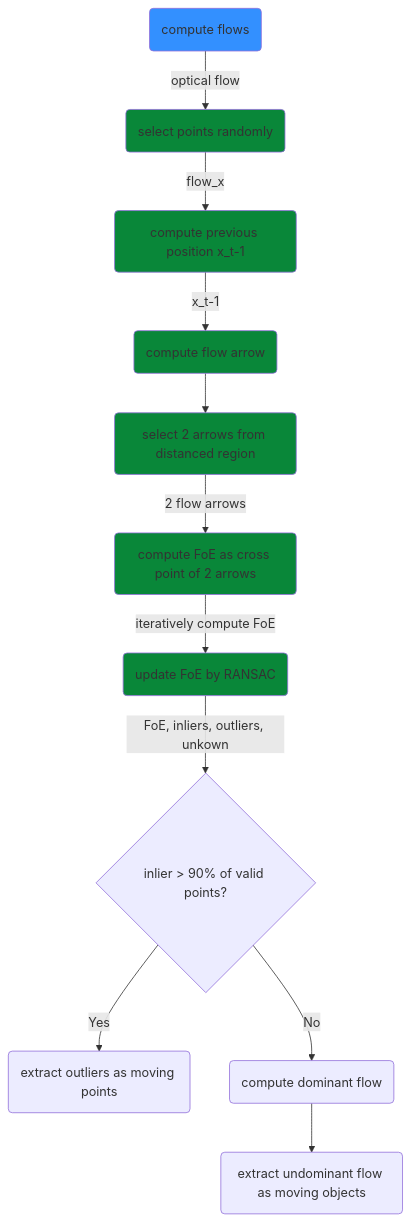
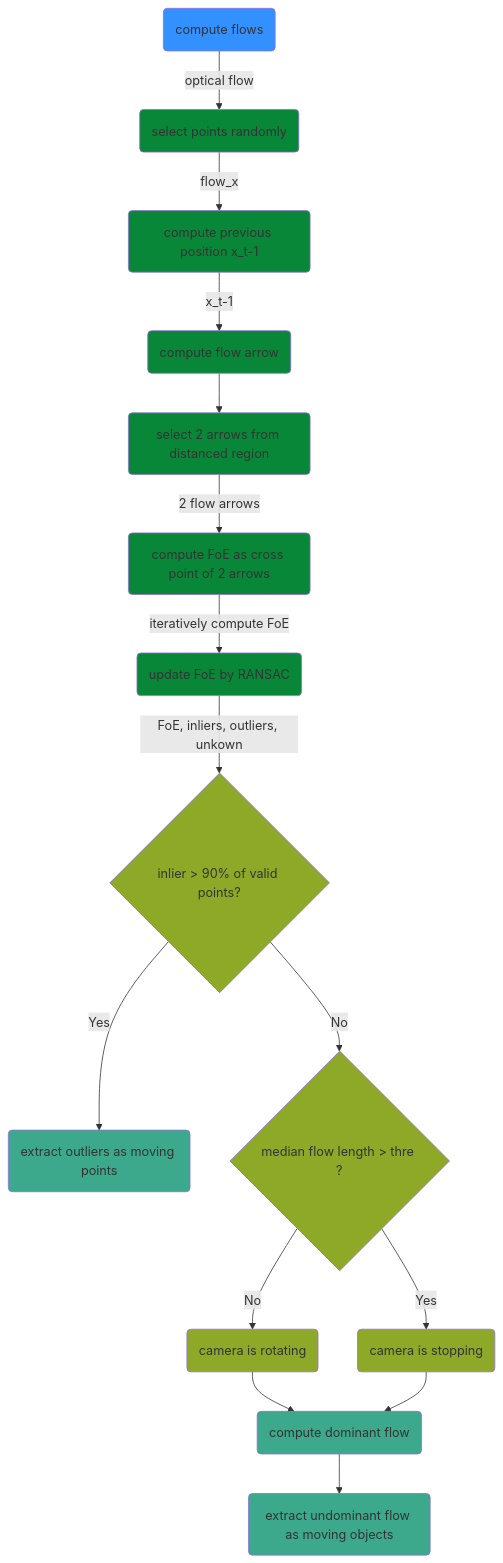
The diagram in doc/flowchart_foebased_movingobjectdetection.md (MasahiroOgawa/reconstruct4D), drawn with Mermaid before and after one commit. The commit also changed 2 other files, not shown here.

Commit message:
update flow chart; adding camera motion estimation.

````diff
--- a/doc/flowchart_foebased_movingobjectdetection.md
+++ b/doc/flowchart_foebased_movingobjectdetection.md
@@ -1,16 +1,22 @@
 ```mermaid
 flowchart TD
     A(compute flows) -->|optical flow| B(select points randomly)
     B:::foe --> |flow_x| C(compute previous position x_t-1)
     C:::foe --> |x_t-1| E(compute flow arrow)
     E:::foe --> F(select 2 arrows from distanced region)
     F:::foe --> |2 flow arrows| G(compute FoE as cross point of 2 arrows)
     G:::foe --> |iteratively compute FoE| H(update FoE by RANSAC)
     H:::foe --> |FoE, inliers, outliers, unkown| I{inlier > 90% of valid points?}
-    I --> |Yes| J(extract outliers as moving points)
-    I --> |No| K(compute dominant flow)
-    K --> L(extract undominant flow as moving objects)
+    I:::cam --> |Yes| J(extract outliers as moving points):::movpix
+    I --> |No| M{median flow length > thre ?}:::cam
+    M --> |Yes| N(camera is stopping):::cam
+    M --> |No| O(camera is rotating):::cam
+    O --> K(compute dominant flow):::movpix
+    N --> K
+    K --> L(extract undominant flow as moving objects):::movpix
 
     style A fill:#3390FF
     classDef foe fill:#098739
+    classDef cam fill: #8EA928
+    classDef movpix fill: #3DA98C
 ```
````
